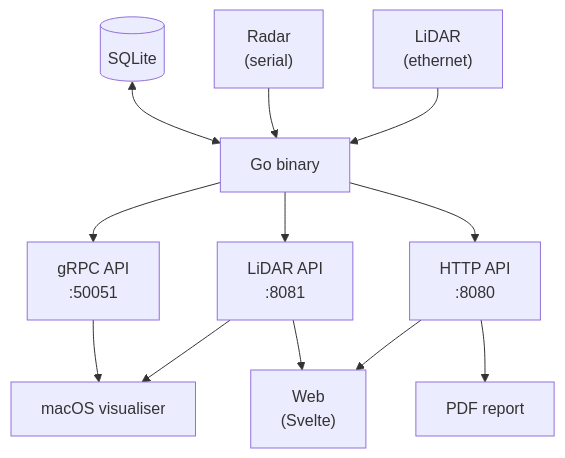
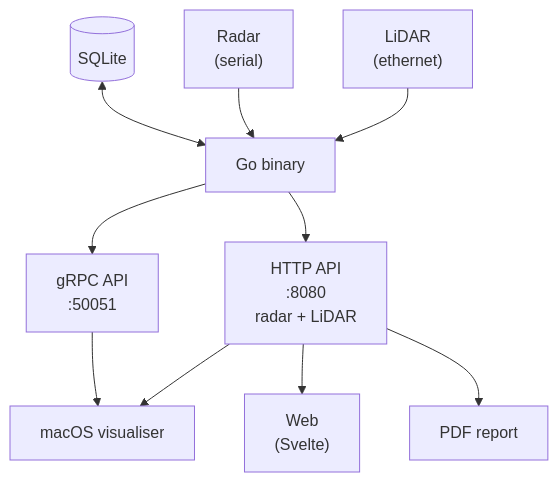
Before and after one commit to banshee-data/velocity.report: the diagram in AGENTS.md, drawn with Mermaid. The commit also changed other lines of this file and 57 other files, not shown here.

````diff
--- a/AGENTS.md
+++ b/AGENTS.md
@@ -183,21 +184,18 @@
 ```mermaid
 flowchart TB
 	Radar["Radar <br> (serial)"]
 	Lidar["LiDAR <br> (ethernet)"]
 	GRPC[gRPC API <br> :50051]
 	GRPC --> Vis[macOS visualiser]
-	LiDAR_API[LiDAR API <br> :8081]
-	API[HTTP API <br> :8080]
-	LiDAR_API --> Vis
-	LiDAR_API --> Web
+	API[HTTP API <br> :8080 <br> radar + LiDAR]
+	API --> Vis
 	API --> Web["Web <br> (Svelte)"]
 	API --> PDF[PDF report]
-	Go --> LiDAR_API
 	Go --> API
 	Go --> GRPC
 	Go["Go binary"]
 	DB <--> Go
 	DB[("SQLite")]
 	Radar --> Go
 	Lidar --> Go
 ```
````
